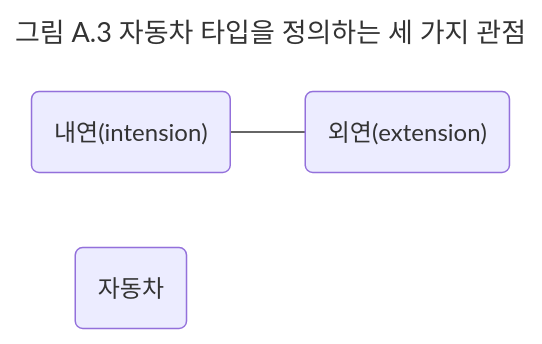
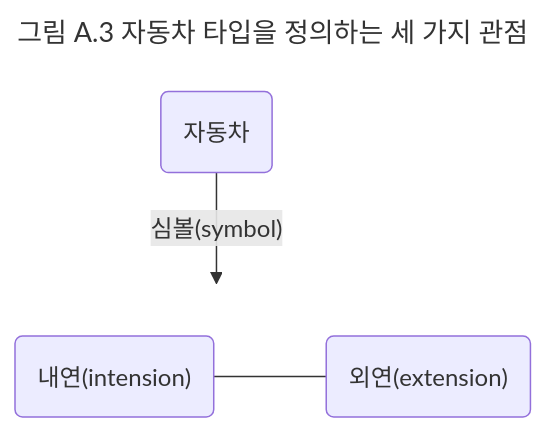
Before and after one commit to kimregular/DAILY_STUDY: the diagram in 독서/7. 객체지향의 사실과 오해/08. 부록/08-03. 분류와 인스턴스화 - 2.md, drawn with Mermaid.

Commit message:
obsidian backup: 2025-01-09 21:17:57

````diff
--- a/독서/7. 객체지향의 사실과 오해/08. 부록/08-03. 분류와 인스턴스화 - 2.md
+++ b/독서/7. 객체지향의 사실과 오해/08. 부록/08-03. 분류와 인스턴스화 - 2.md
@@ -12,11 +12,18 @@
 ```mermaid
 ---
 title : 그림 A.3 자동차 타입을 정의하는 세 가지 관점
 ---
-flowchart LR
-	i("내연(intension)")
-	e("외연(extension)")
+flowchart TB
+	t:::hidden
+	subgraph t[ ]
+		direction LR
+		i("내연(intension)")
+		e("외연(extension)")
+	end
 	c(자동차)
 
 	i --- e
+	c --> |"심볼(symbol)"| t
+
+	classDef hidden display : none;
 ```
````
